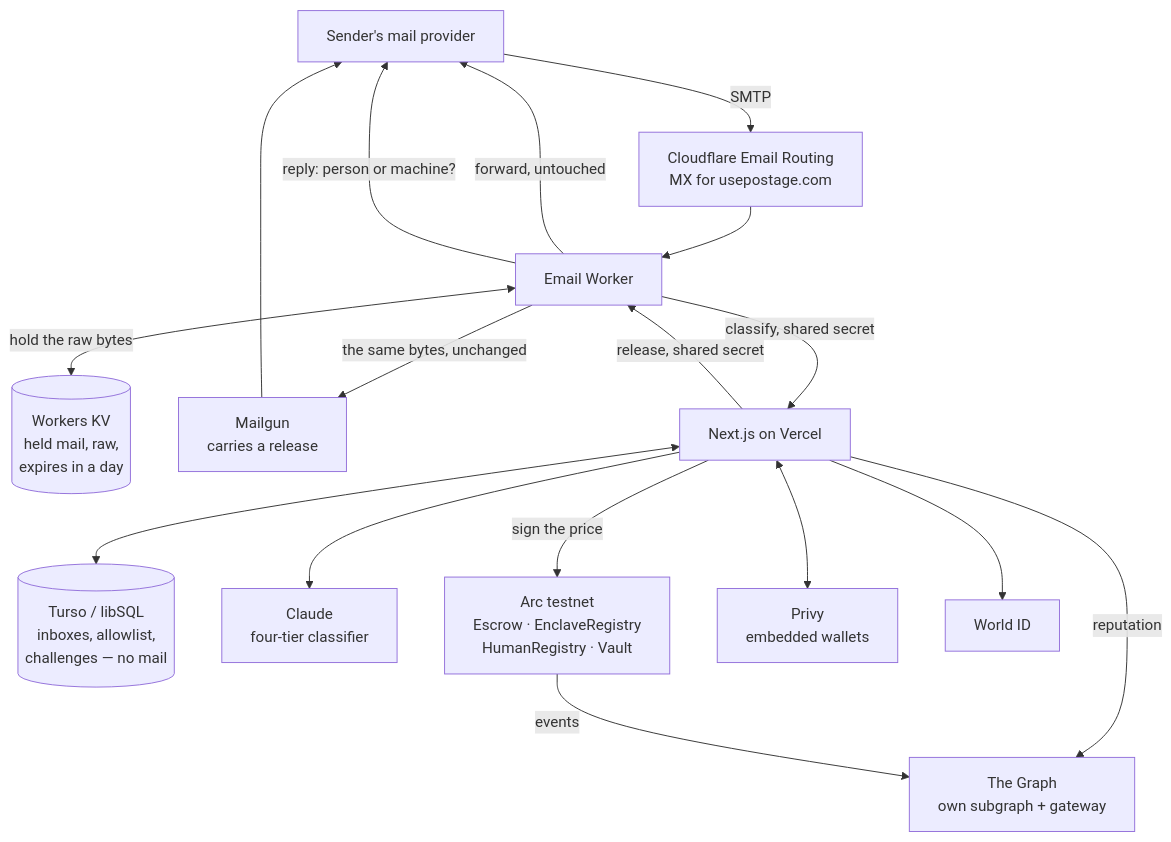
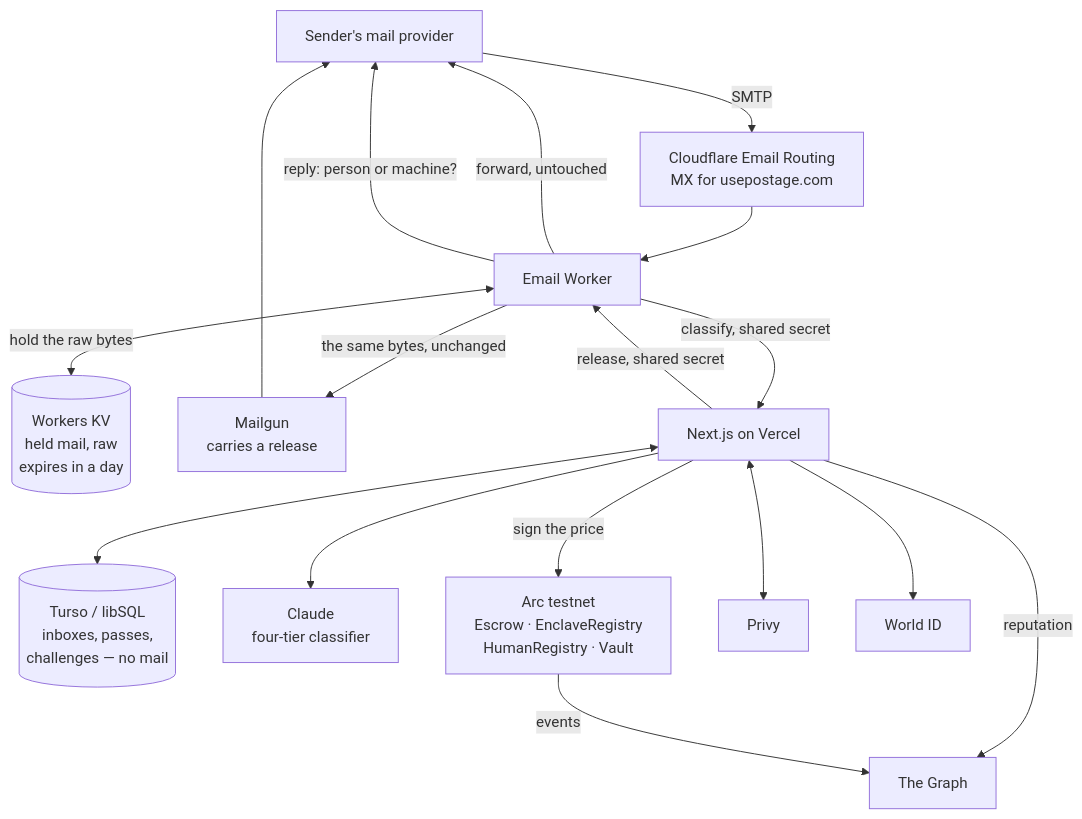
The diagram in ARCHITECTURE.md (Matgothmog/postage), drawn with Mermaid before and after one commit. The commit also changed other lines of this file and 8 other files, not shown here.

````diff
--- a/ARCHITECTURE.md
+++ b/ARCHITECTURE.md
@@ -14,30 +11,30 @@
 ```mermaid
 flowchart TB
     S["Sender's mail provider"]
     CF["Cloudflare Email Routing<br/>MX for usepostage.com"]
     W["Email Worker"]
-    R[("Workers KV<br/>held mail, raw,<br/>expires in a day")]
+    K[("Workers KV<br/>held mail, raw<br/>expires in a day")]
     M["Mailgun<br/>carries a release"]
     V["Next.js on Vercel"]
-    T[("Turso / libSQL<br/>inboxes, allowlist,<br/>challenges — no mail")]
+    T[("Turso / libSQL<br/>inboxes, passes,<br/>challenges — no mail")]
     C["Claude<br/>four-tier classifier"]
     A["Arc testnet<br/>Escrow · EnclaveRegistry<br/>HumanRegistry · Vault"]
-    G["The Graph<br/>own subgraph + gateway"]
-    P["Privy<br/>embedded wallets"]
+    G["The Graph"]
+    P["Privy"]
     WO["World ID"]
 
     S -->|SMTP| CF --> W
     W -->|"classify, shared secret"| V
     W -->|"forward, untouched"| S
-    W <-->|"hold the raw bytes"| R
+    W <-->|"hold the raw bytes"| K
     W -->|"reply: person or machine?"| S
     V -->|"release, shared secret"| W
     W -->|"the same bytes, unchanged"| M --> S
     V --> C
     V <--> T
     V -->|"sign the price"| A
     V -->|"reputation"| G
     A -->|"events"| G
     V <--> P
     V --> WO
 ```
````
